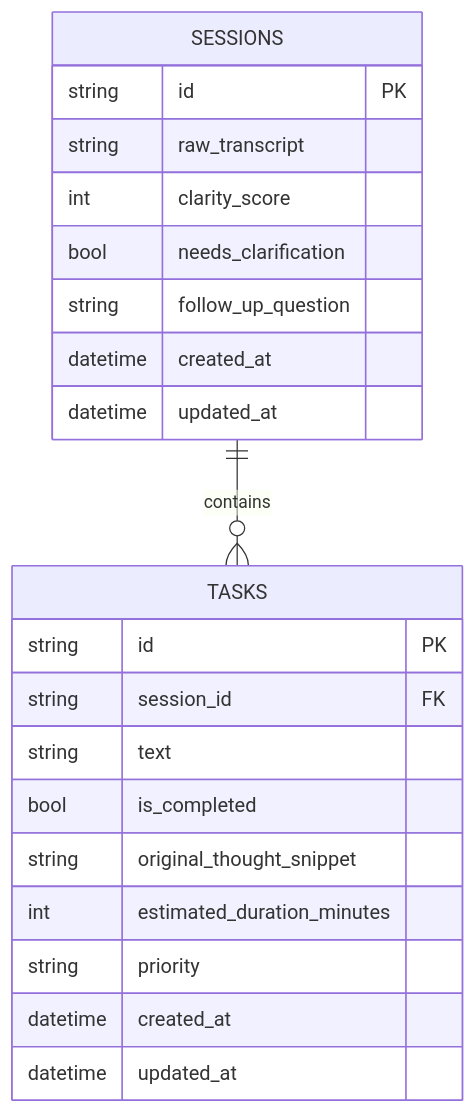
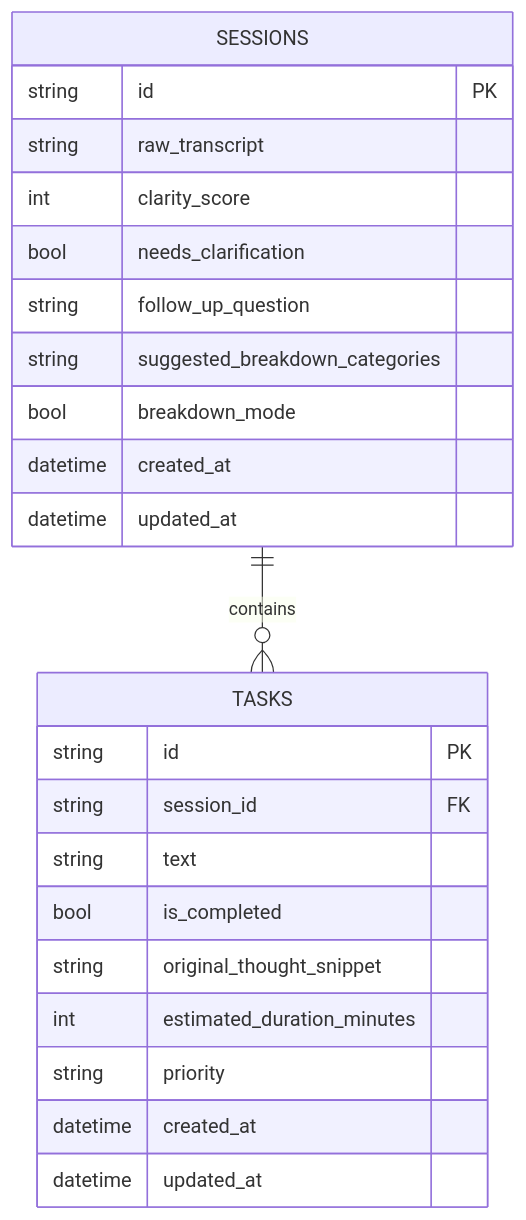
Before and after one commit to NewtonPP/Project-Important: the fifth of 8 diagrams in ARCHITECTURE.md, drawn with Mermaid. The commit also changed other lines of this file and 22 other files, not shown here.

````diff
--- a/ARCHITECTURE.md
+++ b/ARCHITECTURE.md
@@ -116,26 +159,28 @@
 ```mermaid
 erDiagram
     SESSIONS ||--o{ TASKS : contains
     
     SESSIONS {
         string id PK
         string raw_transcript
         int clarity_score
         bool needs_clarification
         string follow_up_question
+        string suggested_breakdown_categories
+        bool breakdown_mode
         datetime created_at
         datetime updated_at
     }
     
     TASKS {
         string id PK
         string session_id FK
         string text
         bool is_completed
         string original_thought_snippet
         int estimated_duration_minutes
         string priority
         datetime created_at
         datetime updated_at
     }
 ```
````
